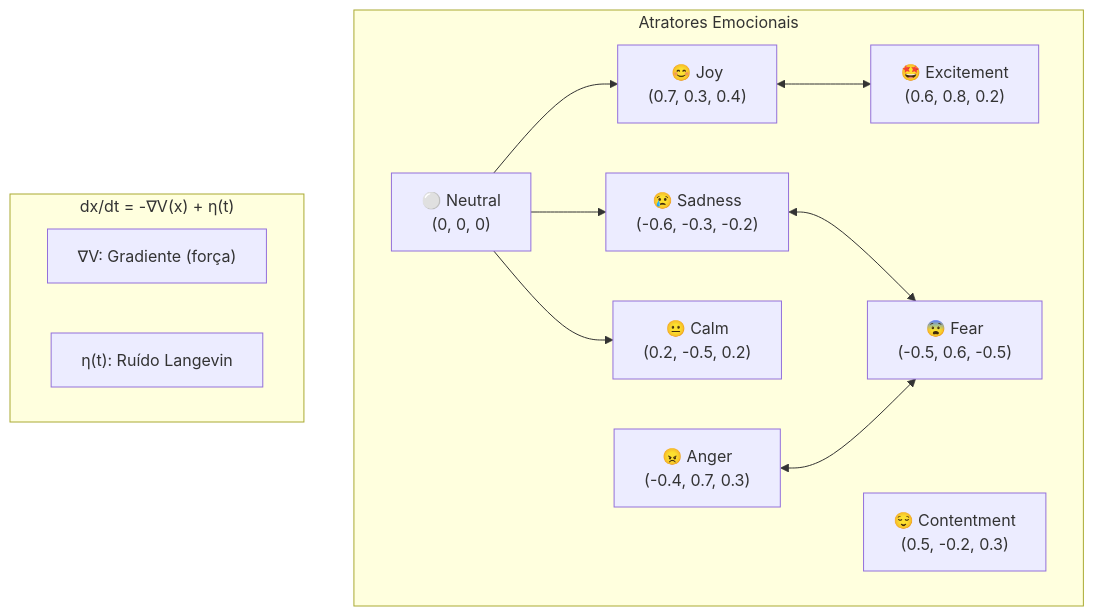
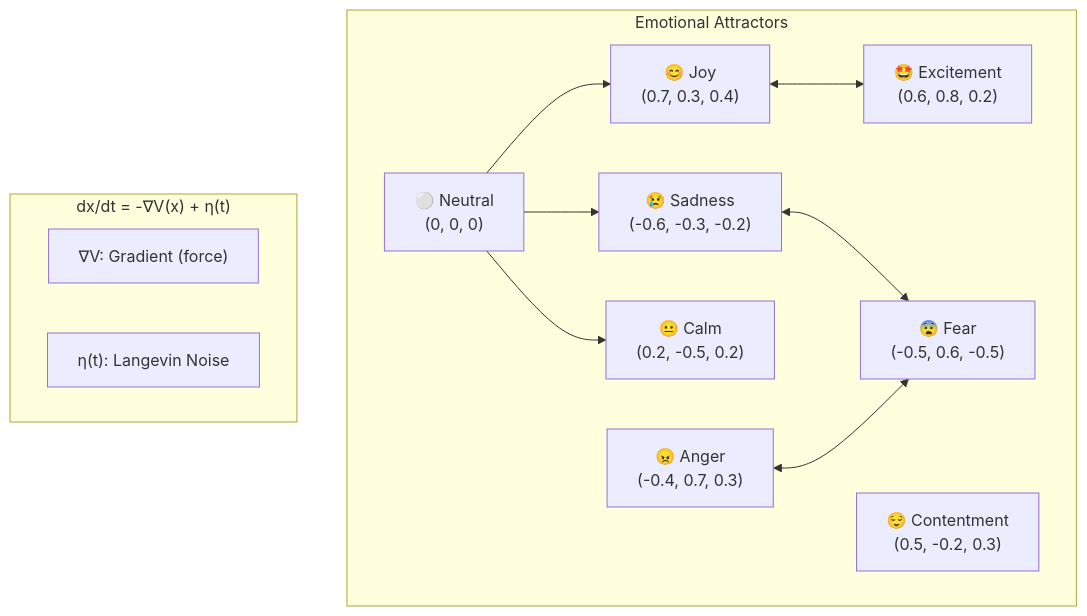
The eighth of 17 diagrams in docs/en/explanation/project-status.md (gabrielmaialva33/viva), drawn with Mermaid before and after one commit. The commit also changed other lines of this file and 29 other files, not shown here.

````diff
--- a/docs/en/explanation/project-status.md
+++ b/docs/en/explanation/project-status.md
@@ -233,25 +233,25 @@
 ```mermaid
 graph TD
-    subgraph Attractors["Atratores Emocionais"]
+    subgraph Attractors["Emotional Attractors"]
         JOY["😊 Joy<br/>(0.7, 0.3, 0.4)"]
         SAD["😢 Sadness<br/>(-0.6, -0.3, -0.2)"]
         ANGER["😠 Anger<br/>(-0.4, 0.7, 0.3)"]
         FEAR["😨 Fear<br/>(-0.5, 0.6, -0.5)"]
         CONTENT["😌 Contentment<br/>(0.5, -0.2, 0.3)"]
         EXCITE["🤩 Excitement<br/>(0.6, 0.8, 0.2)"]
         CALM["😐 Calm<br/>(0.2, -0.5, 0.2)"]
         NEUTRAL["⚪ Neutral<br/>(0, 0, 0)"]
     end
 
     subgraph Dynamics["dx/dt = -∇V(x) + η(t)"]
-        GRAD["∇V: Gradiente (força)"]
-        NOISE["η(t): Ruído Langevin"]
+        GRAD["∇V: Gradient (force)"]
+        NOISE["η(t): Langevin Noise"]
     end
 
     NEUTRAL --> JOY
     NEUTRAL --> SAD
     NEUTRAL --> CALM
     JOY <--> EXCITE
     SAD <--> FEAR
     ANGER <--> FEAR
 ```
````
